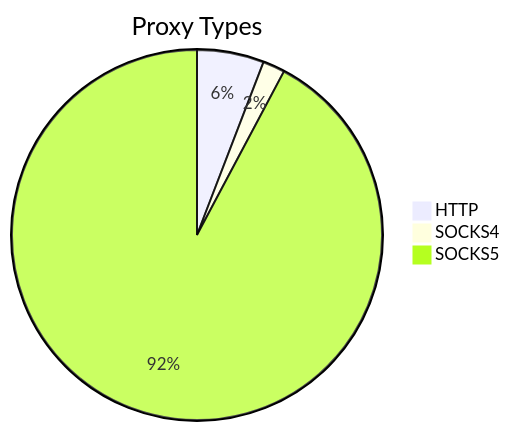
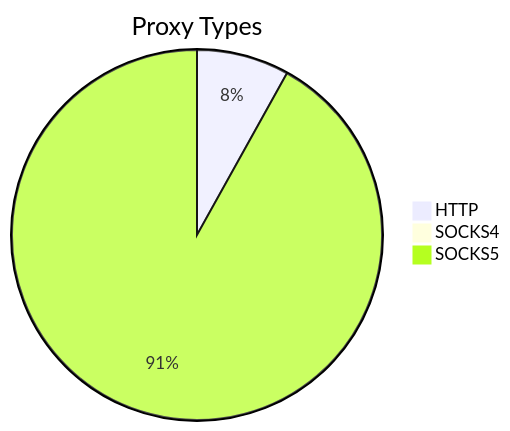
The first of 2 diagrams in README.md (stormsia/proxy-list), drawn with Mermaid before and after one commit. The commit also changed other lines of this file, not shown here.

````diff
--- a/README.md
+++ b/README.md
@@ -21,6 +21,6 @@
 ```mermaid
 pie title Proxy Types
-    "HTTP" : 489
-    "SOCKS4" : 162
-    "SOCKS5" : 7719
+    "HTTP" : 738
+    "SOCKS4" : 83
+    "SOCKS5" : 8398
 ```
````
